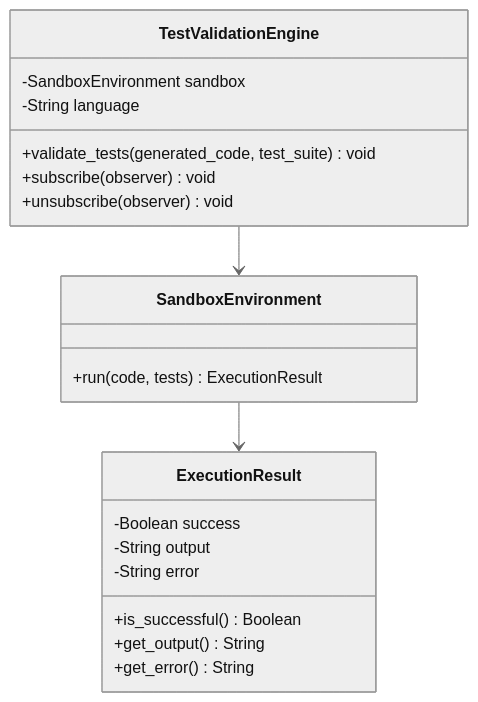
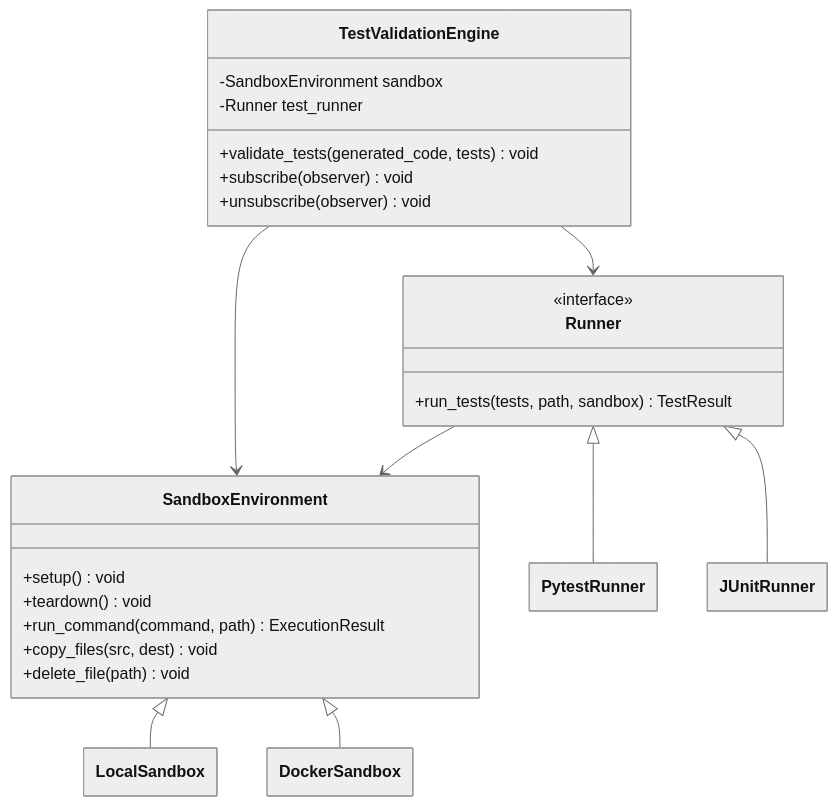
One commit to FilippoGurioli/test-2-code-llm changed the sixth of 7 diagrams in docs/design.md. Above: the diagram before and after it, drawn with Mermaid (neutral theme). The commit also changed other lines of this file and 1 other file, not shown here.

Commit message:
docs(design): update with new features

````diff
--- a/docs/design.md
+++ b/docs/design.md
@@ -213,31 +213,36 @@
 ```mermaid
 ---
   config:
     class:
       hideEmptyMembersBox: true
 ---
 classDiagram
     class TestValidationEngine {
         -SandboxEnvironment sandbox
-        -String language
-        +validate_tests(generated_code, test_suite) void
+        -Runner test_runner
+        +validate_tests(generated_code, tests) void
         +subscribe(observer) void
         +unsubscribe(observer) void
     }
 
     class SandboxEnvironment {
-        +run(code, tests) ExecutionResult
+        +setup() void
+        +teardown() void
+        +run_command(command, path) ExecutionResult
+        +copy_files(src, dest) void
+        +delete_file(path) void
     }
 
-    class ExecutionResult {
-        -Boolean success
-        -String output
-        -String error
-        +is_successful() Boolean
-        +get_output() String
-        +get_error() String
+    class Runner {
+        <<interface>>
+        +run_tests(tests, path, sandbox) TestResult
     }
 
     TestValidationEngine --> SandboxEnvironment
-    SandboxEnvironment --> ExecutionResult
+    TestValidationEngine --> Runner
+    Runner --> SandboxEnvironment
+    Runner <|-- PytestRunner
+    Runner <|-- JUnitRunner
+    SandboxEnvironment <|-- LocalSandbox
+    SandboxEnvironment <|-- DockerSandbox
 ```
````
